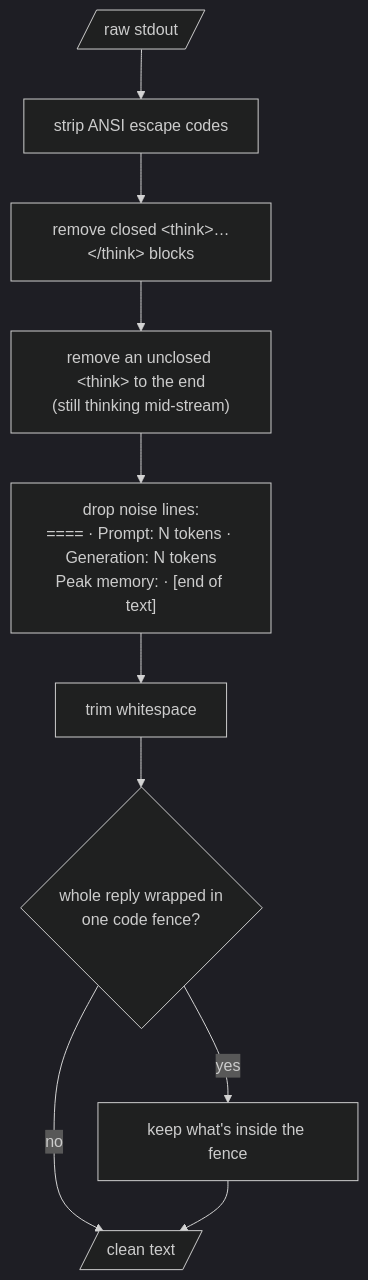
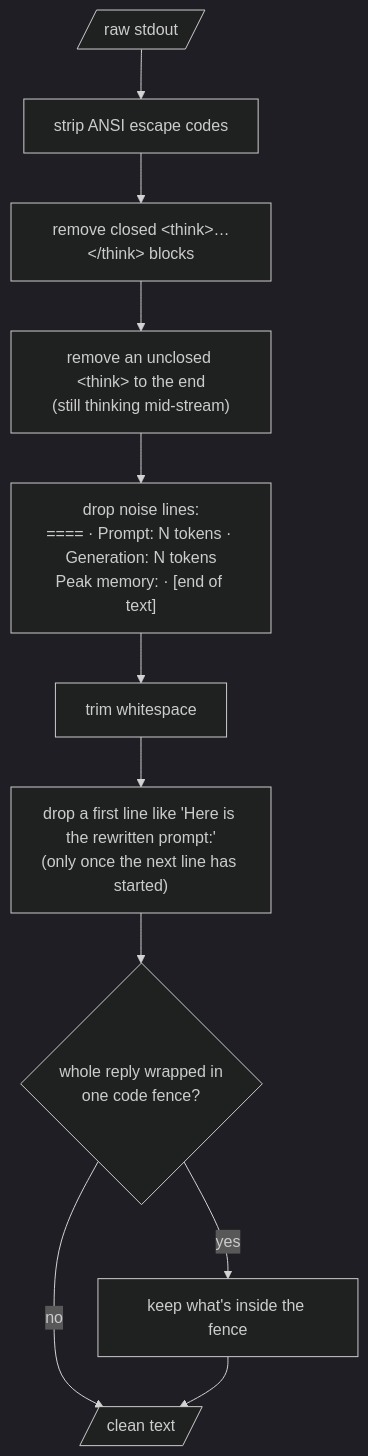
One commit to jdgiles26/prompt-menu changed the sixth of 15 diagrams in docs/FLOW_MAPS.md. Above: the diagram before and after it, drawn with Mermaid (dark theme). The commit also changed other lines of this file and 8 other files, not shown here.

````diff
--- a/docs/FLOW_MAPS.md
+++ b/docs/FLOW_MAPS.md
@@ -155,12 +158,13 @@
 ```mermaid
 flowchart TD
     A[/raw stdout/] --> B[strip ANSI escape codes]
     B --> C["remove closed &lt;think&gt;…&lt;/think&gt; blocks"]
     C --> D["remove an unclosed &lt;think&gt; to the end<br/>(still thinking mid-stream)"]
     D --> E["drop noise lines:<br/>==== · Prompt: N tokens · Generation: N tokens<br/>Peak memory: · [end of text]"]
     E --> F[trim whitespace]
-    F --> G{whole reply wrapped in<br/>one code fence?}
+    F --> P["drop a first line like 'Here is the rewritten prompt:'<br/>(only once the next line has started)"]
+    P --> G{whole reply wrapped in<br/>one code fence?}
     G -- yes --> H[keep what's inside the fence]
     G -- no --> I[/clean text/]
     H --> I
 ```
````
